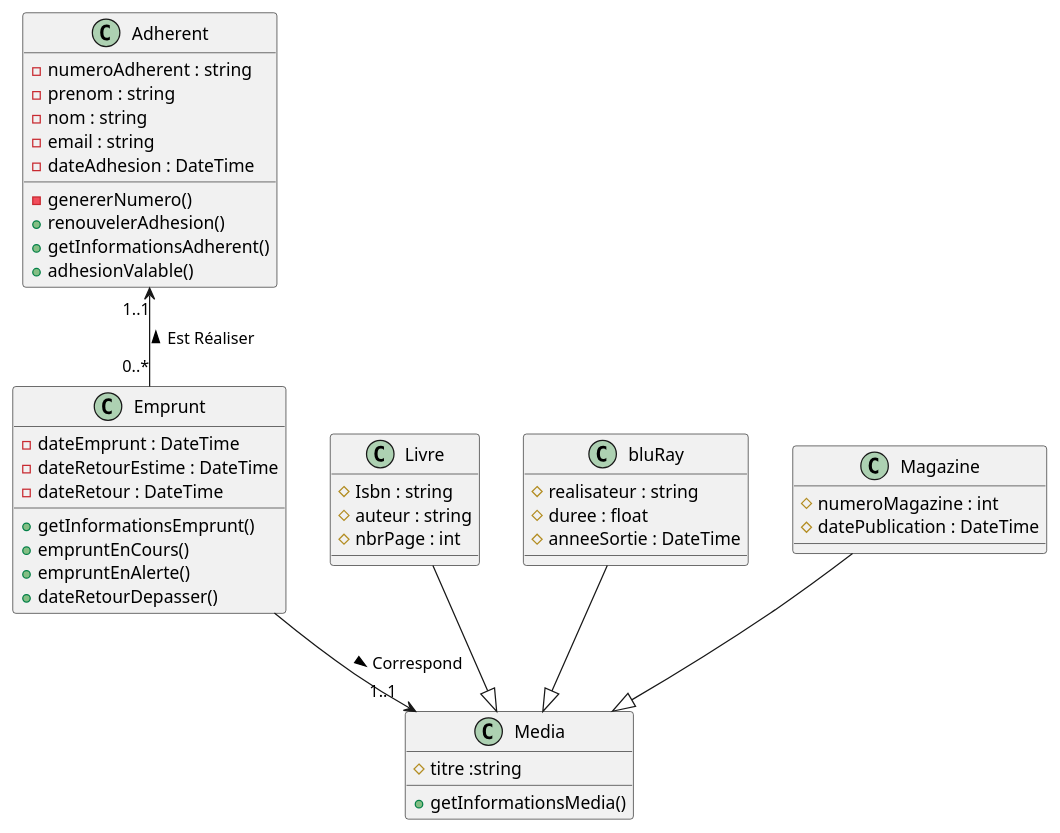
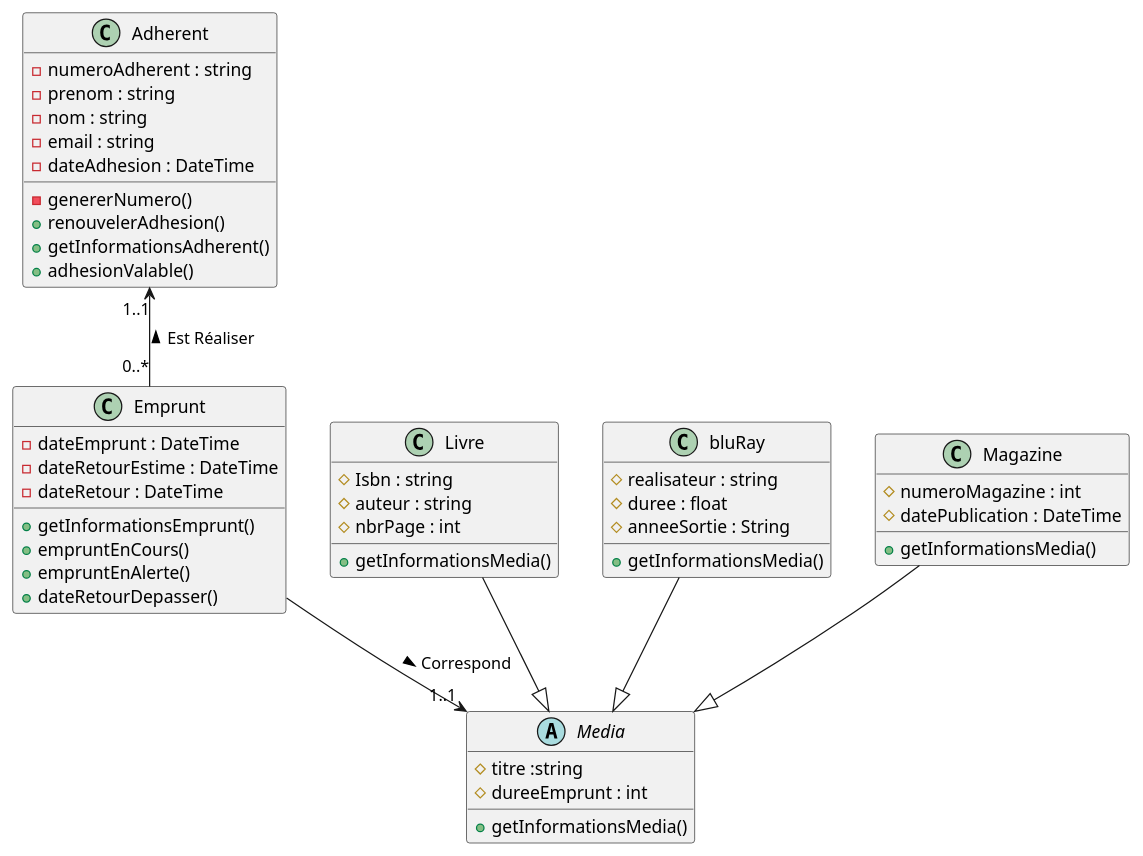
One commit to mat25/BTS2-bibliotheque-debut changed the diagram in documentation/Diagramme-de-classe.puml. Above: the diagram before and after it, drawn with PlantUML. The commit also changed 6 other files, not shown here.

```diff
--- a/documentation/Diagramme-de-classe.puml
+++ b/documentation/Diagramme-de-classe.puml
@@ -1,51 +1,55 @@
 @startuml
 
 class Adherent {
 - numeroAdherent : string
 - prenom : string
 - nom : string
 - email : string
 - dateAdhesion : DateTime
 - genererNumero()
 + renouvelerAdhesion()
 + getInformationsAdherent()
 + adhesionValable()
 }
 class Emprunt {
 - dateEmprunt : DateTime
 - dateRetourEstime : DateTime
 - dateRetour : DateTime
 + getInformationsEmprunt()
 + empruntEnCours()
 + empruntEnAlerte()
 + dateRetourDepasser()
 }
 
-class Media {
+abstract class Media {
 # titre :string
+# dureeEmprunt : int
 + getInformationsMedia()
 }
 
 class Livre {
 # Isbn : string
 # auteur : string
 # nbrPage : int
++ getInformationsMedia()
 }
 class bluRay {
 # realisateur : string
 # duree : float
-# anneeSortie : DateTime
+# anneeSortie : String
++ getInformationsMedia()
 }
 class Magazine {
 # numeroMagazine : int
 # datePublication : DateTime
++ getInformationsMedia()
 }
 Adherent"1..1" <-- "0..*"Emprunt :< Est Réaliser
 Emprunt --> "1..1"Media :> Correspond
 Livre --|> Media
 bluRay --|> Media
 Magazine --|> Media
 
 
 
 @enduml
```
